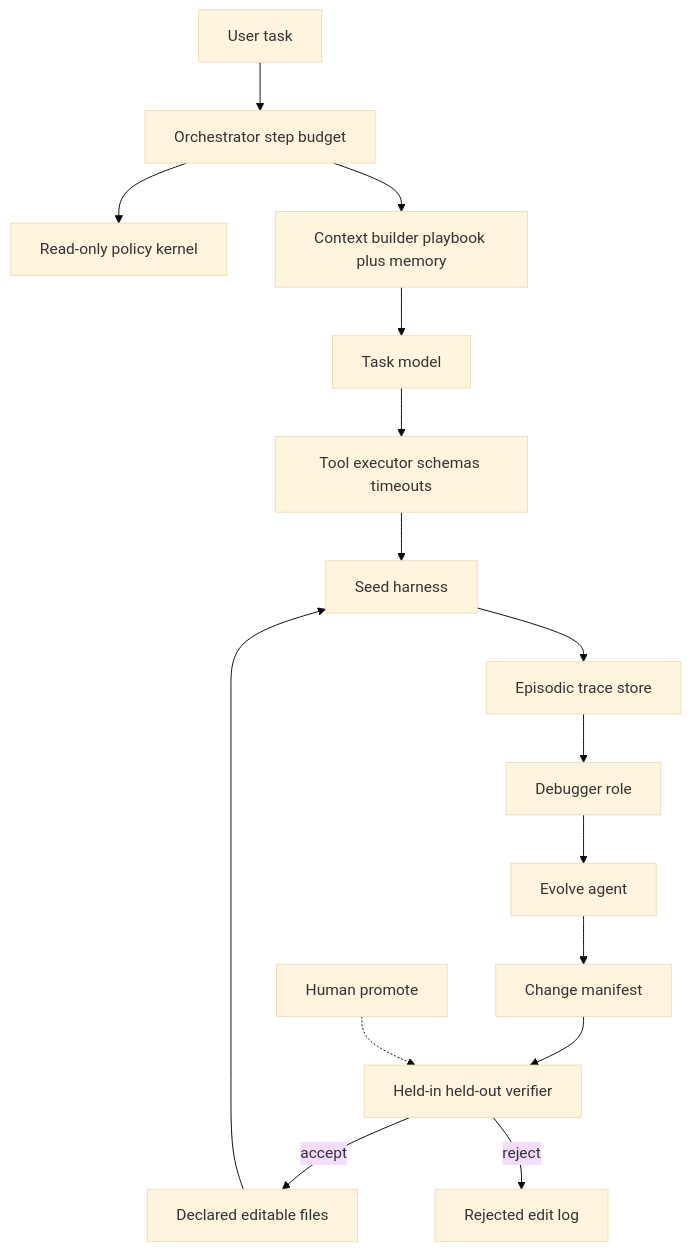
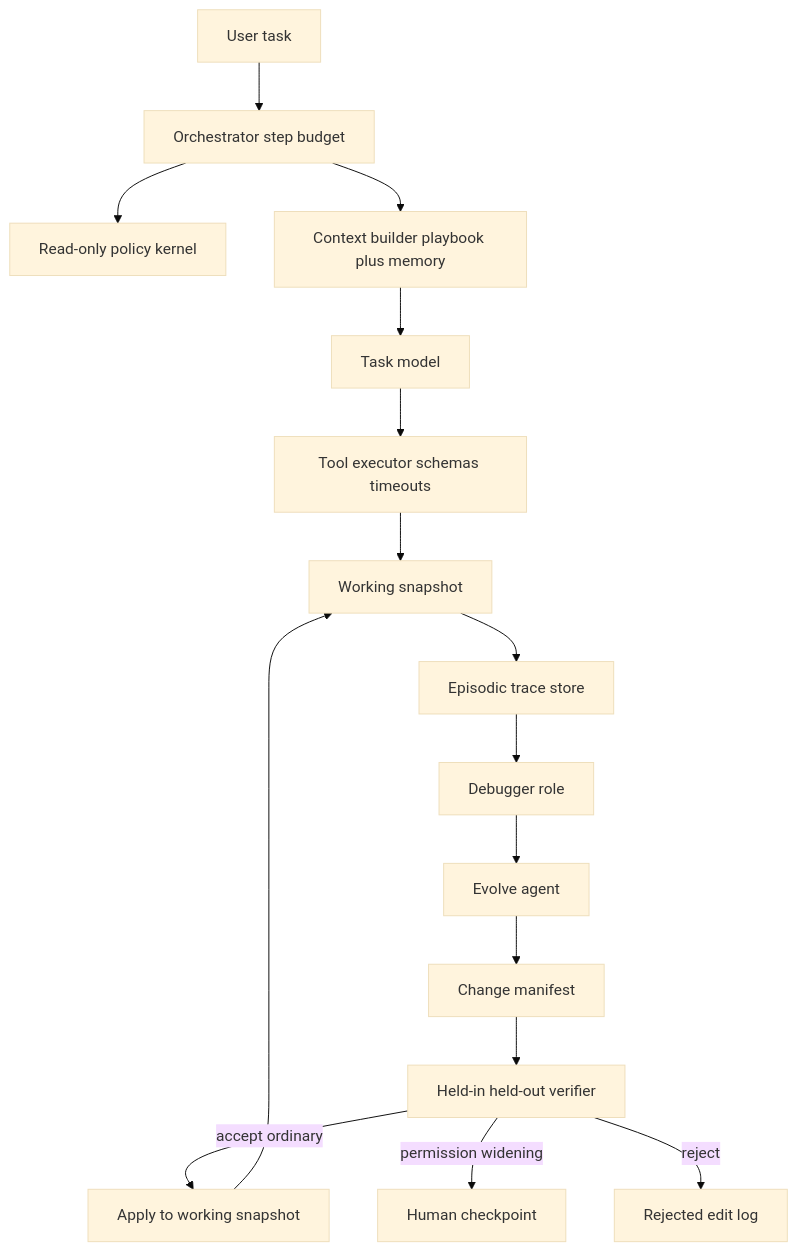
Before and after one commit to Vinayak-RZ/Improveness: the diagram in docs/proposals/00-architecture.md, drawn with Mermaid (base theme). The commit also changed other lines of this file and 26 other files, not shown here.

First line of the commit message:
docs(vision): adopt D14 snapshot-apply and spatiotemporal composability

````diff
--- a/docs/proposals/00-architecture.md
+++ b/docs/proposals/00-architecture.md
@@ -5,18 +5,18 @@
 ```mermaid
 flowchart TD
   user[User task] --> orch[Orchestrator step budget]
   orch --> policy[Read-only policy kernel]
   orch --> ctx[Context builder playbook plus memory]
   ctx --> model[Task model]
   model --> tools[Tool executor schemas timeouts]
-  tools --> seed[Seed harness]
+  tools --> seed[Working snapshot]
   seed --> traces[Episodic trace store]
   traces --> debugger[Debugger role]
   debugger --> evolver[Evolve agent]
   evolver --> manifest[Change manifest]
   manifest --> gate[Held-in held-out verifier]
-  gate -->|accept| surface[Declared editable files]
+  gate -->|accept ordinary| apply[Apply to working snapshot]
+  apply --> seed
+  gate -->|permission widening| human[Human checkpoint]
   gate -->|reject| log[Rejected edit log]
-  surface --> seed
-  human[Human promote] -.-> gate
 ```
````
